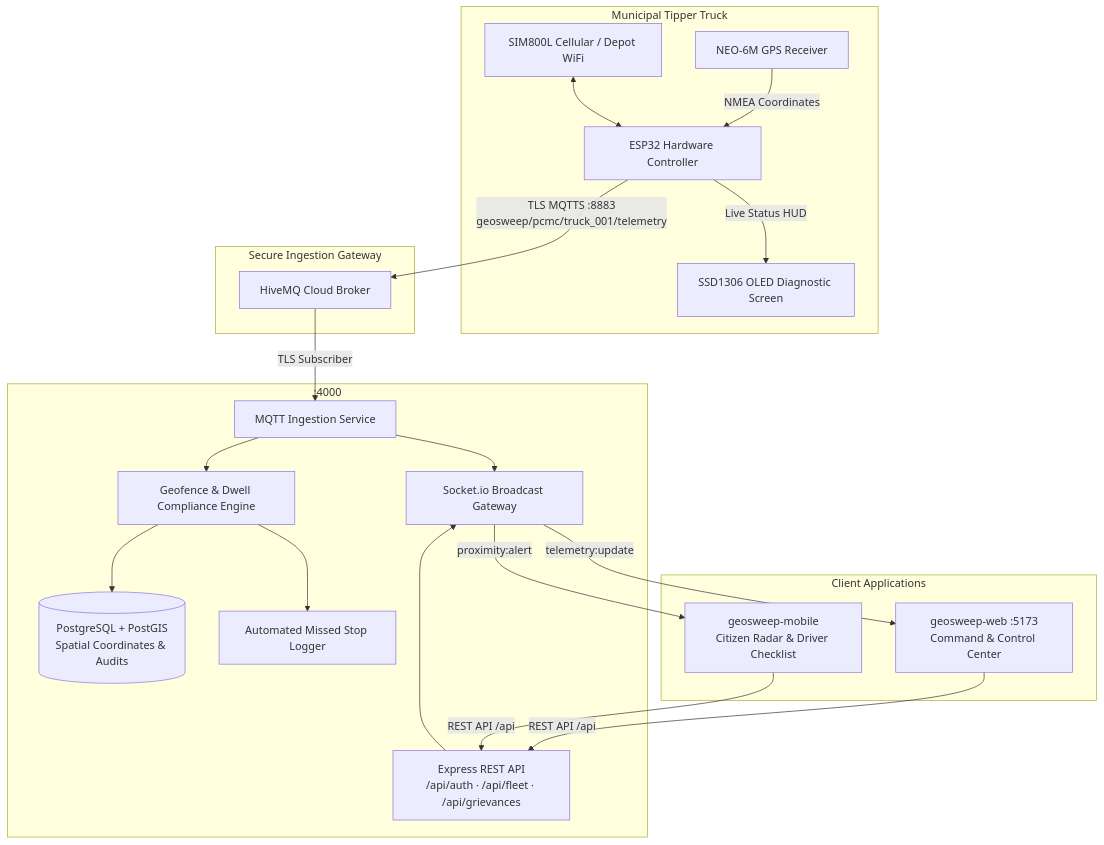
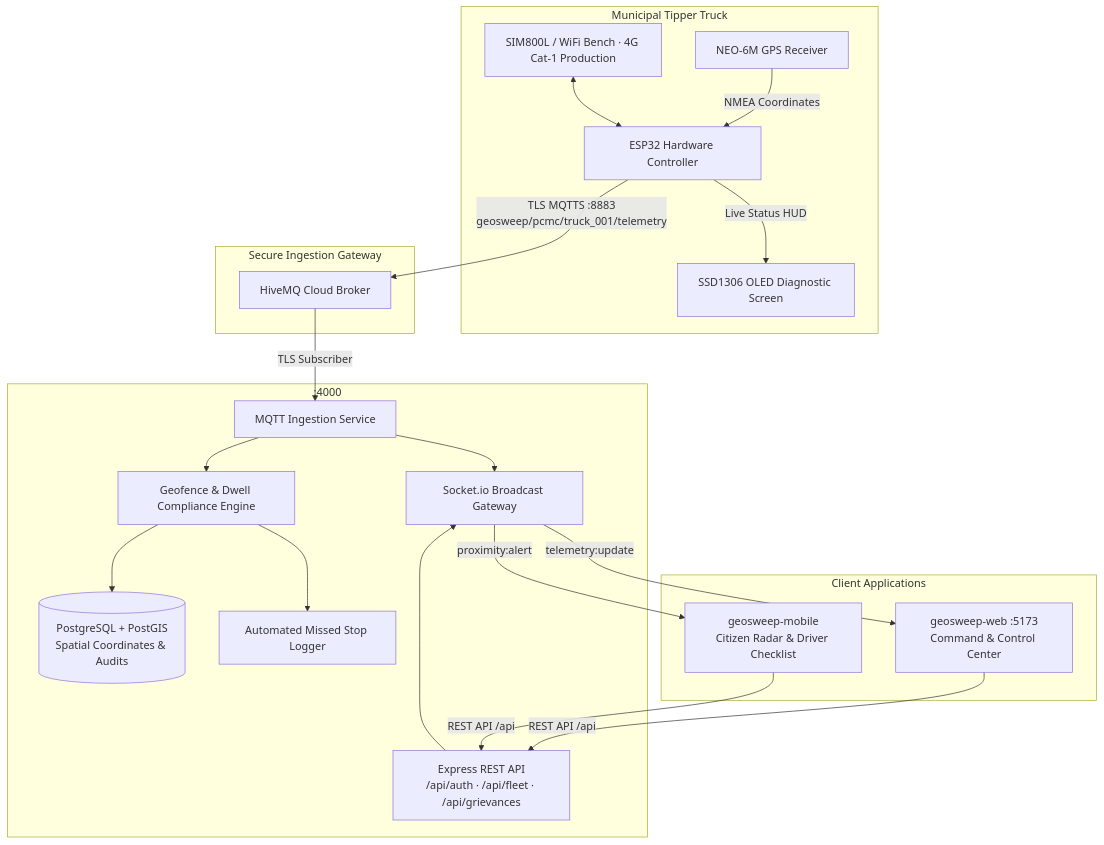
The diagram in README.md (GeoSweep/geosweep-workspace), drawn with Mermaid before and after one commit. The commit also changed other lines of this file and 1 other file, not shown here.

````diff
--- a/README.md
+++ b/README.md
@@ -97,28 +98,28 @@
 ```mermaid
 flowchart TD
     subgraph IoT Vehicle Node [Municipal Tipper Truck]
         GPS[NEO-6M GPS Receiver] -->|NMEA Coordinates| ESP32[ESP32 Hardware Controller]
-        SIM[SIM800L Cellular / Depot WiFi] <--> ESP32
+        SIM[SIM800L / WiFi Bench · 4G Cat-1 Production] <--> ESP32
         ESP32 -->|Live Status HUD| Screen[SSD1306 OLED Diagnostic Screen]
     end
 
     subgraph Secure Ingestion Gateway
         ESP32 -->|TLS MQTTS :8883\ngeosweep/pcmc/truck_001/telemetry| HiveMQ[HiveMQ Cloud Broker]
     end
 
     subgraph Enterprise Backend Service [:4000]
         HiveMQ -->|TLS Subscriber| Ingestion[MQTT Ingestion Service]
         Ingestion --> DwellEngine[Geofence & Dwell Compliance Engine]
         DwellEngine --> PostGIS[(PostgreSQL + PostGIS\nSpatial Coordinates & Audits)]
         DwellEngine --> IncidentService[Automated Missed Stop Logger]
         Ingestion --> SocketServer[Socket.io Broadcast Gateway]
         ExpressAPI[Express REST API\n/api/auth · /api/fleet · /api/grievances] --> SocketServer
     end
 
     subgraph Client Applications
         SocketServer -->|telemetry:update| WebAdmin[geosweep-web :5173\nCommand & Control Center]
         SocketServer -->|proximity:alert| MobileApp[geosweep-mobile\nCitizen Radar & Driver Checklist]
         WebAdmin -->|REST API /api| ExpressAPI
         MobileApp -->|REST API /api| ExpressAPI
     end
 ```
````
